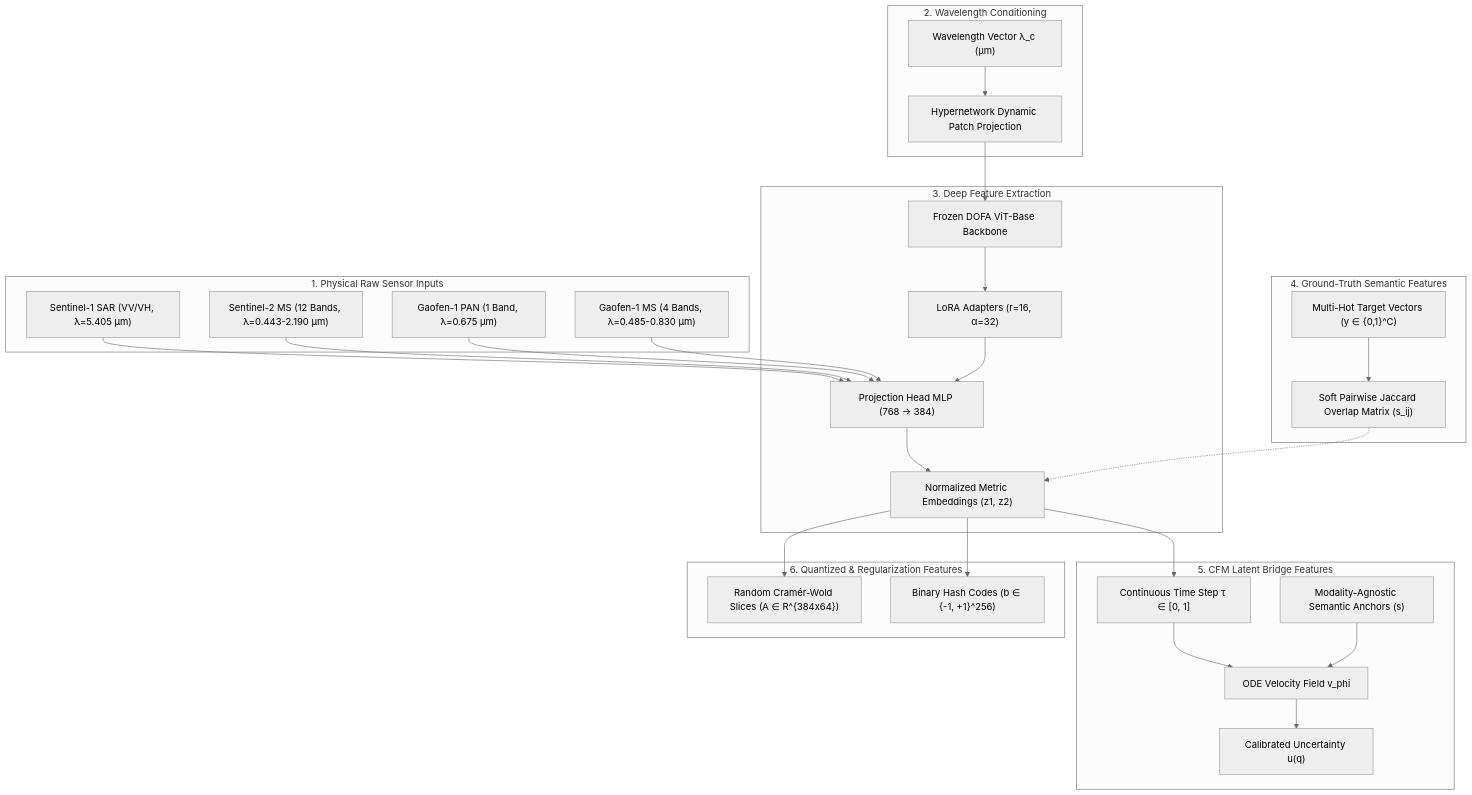
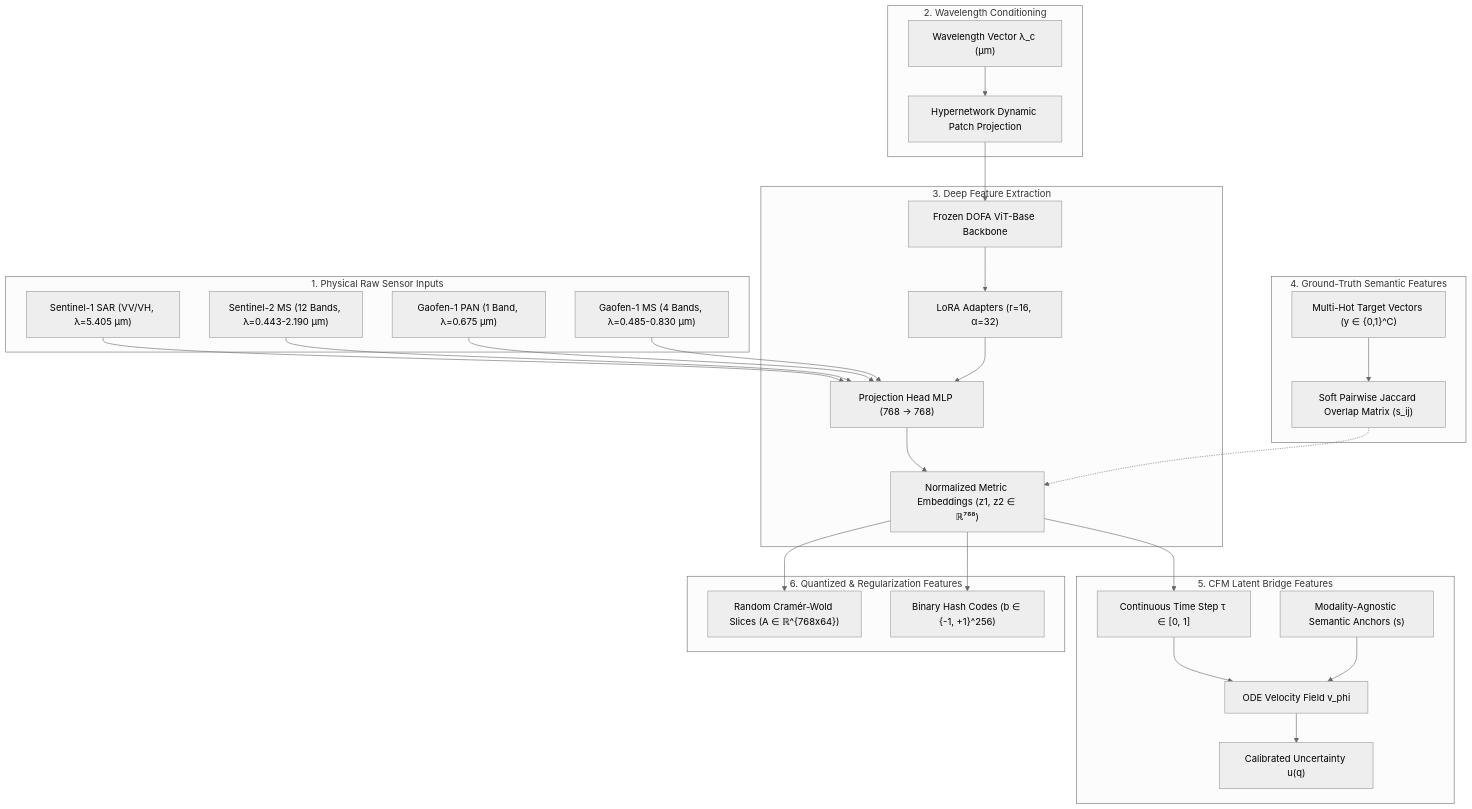
The diagram in docs/SABER_TRAINING_FEATURES_EXPLANATION.md (SK8-infi/SABER), drawn with Mermaid (neutral theme) before and after one commit. The commit also changed other lines of this file, not shown here.

````diff
--- a/docs/SABER_TRAINING_FEATURES_EXPLANATION.md
+++ b/docs/SABER_TRAINING_FEATURES_EXPLANATION.md
@@ -20,60 +20,60 @@
 ```mermaid
 graph TD
     subgraph RawInputs ["1. Physical Raw Sensor Inputs"]
         SAR["Sentinel-1 SAR (VV/VH, λ=5.405 µm)"]
         MS["Sentinel-2 MS (12 Bands, λ=0.443-2.190 µm)"]
         PAN["Gaofen-1 PAN (1 Band, λ=0.675 µm)"]
         GF_MS["Gaofen-1 MS (4 Bands, λ=0.485-0.830 µm)"]
     end
 
     subgraph Conditioning ["2. Wavelength Conditioning"]
         WV_List["Wavelength Vector λ_c (µm)"]
         HyperNet["Hypernetwork Dynamic Patch Projection"]
     end
 
     subgraph Backbone ["3. Deep Feature Extraction"]
         DOFA["Frozen DOFA ViT-Base Backbone"]
         LoRA["LoRA Adapters (r=16, α=32)"]
-        ProjHead["Projection Head MLP (768 -> 384)"]
-        Z1_Z2["Normalized Metric Embeddings (z1, z2)"]
+        ProjHead["Projection Head MLP (768 -> 768)"]
+        Z1_Z2["Normalized Metric Embeddings (z1, z2 ∈ ℝ⁷⁶⁸)"]
     end
 
     subgraph Supervision ["4. Ground-Truth Semantic Features"]
         Target_Y["Multi-Hot Target Vectors (y ∈ {0,1}^C)"]
         Jaccard_S["Soft Pairwise Jaccard Overlap Matrix (s_ij)"]
     end
 
     subgraph LatentBridge ["5. CFM Latent Bridge Features"]
         Time_Tau["Continuous Time Step τ ∈ [0, 1]"]
         Velocity_V["ODE Velocity Field v_phi"]
         Queries_S["Modality-Agnostic Semantic Anchors (s)"]
         Uncertainty["Calibrated Uncertainty u(q)"]
     end
 
     subgraph Quantization ["6. Quantized & Regularization Features"]
-        SIGReg_Slices["Random Cramér-Wold Slices (A ∈ R^{384x64})"]
+        SIGReg_Slices["Random Cramér-Wold Slices (A ∈ ℝ^{768x64})"]
         Hash_Bits["Binary Hash Codes (b ∈ {-1, +1}^256)"]
     end
 
     SAR --> ProjHead
     MS --> ProjHead
     PAN --> ProjHead
     GF_MS --> ProjHead
 
     WV_List --> HyperNet
     HyperNet --> DOFA
     DOFA --> LoRA
     LoRA --> ProjHead
     ProjHead --> Z1_Z2
 
     Target_Y --> Jaccard_S
     Jaccard_S -.-> Z1_Z2
 
     Z1_Z2 --> Time_Tau
     Time_Tau --> Velocity_V
     Queries_S --> Velocity_V
     Velocity_V --> Uncertainty
 
     Z1_Z2 --> SIGReg_Slices
     Z1_Z2 --> Hash_Bits
 ```
````
